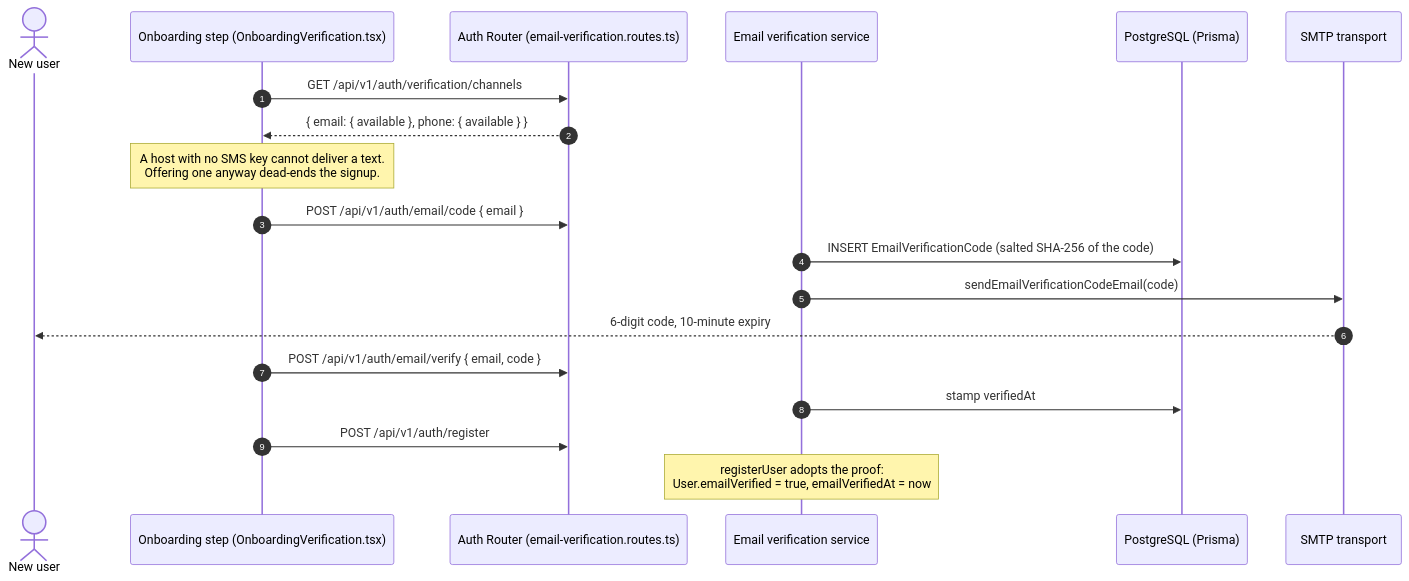
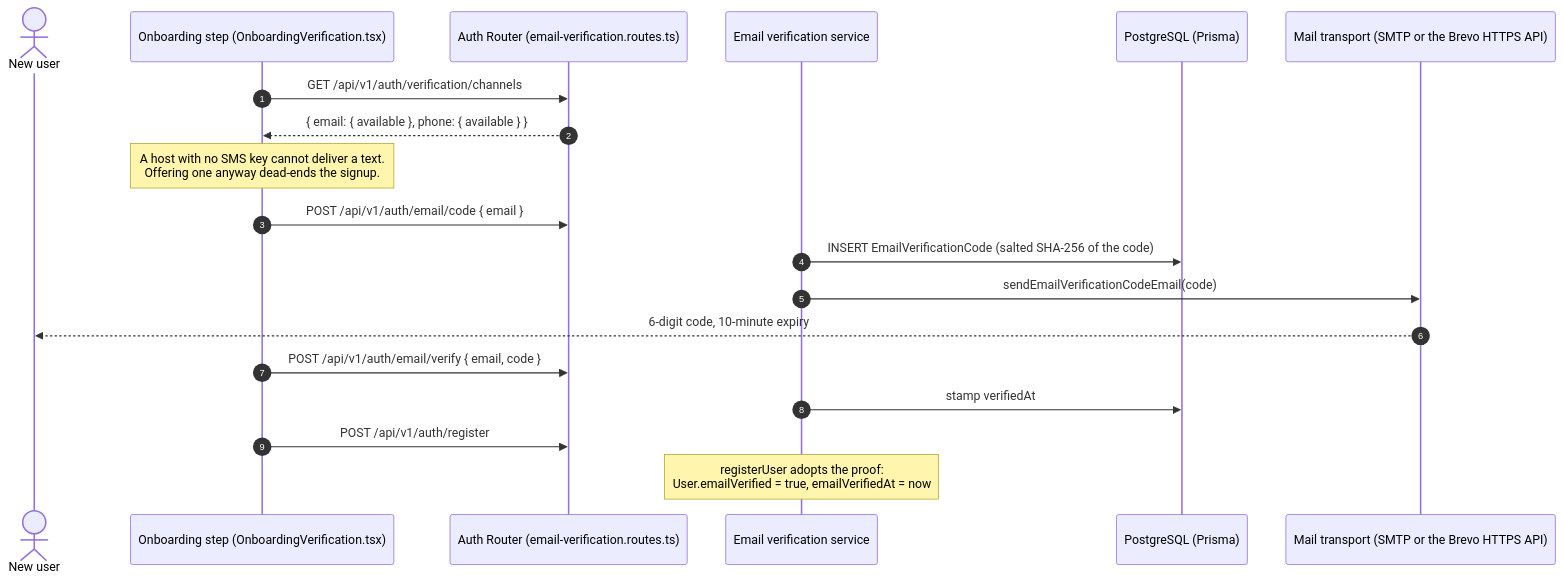
One commit to yonasmindaye04-sketch/Yekis changed the fourth of 25 diagrams in docs/SYSTEM_DESIGN.md. Above: the diagram before and after it, drawn with Mermaid. The commit also changed other lines of this file and 12 other files, not shown here.

````diff
--- a/docs/SYSTEM_DESIGN.md
+++ b/docs/SYSTEM_DESIGN.md
@@ -689,22 +689,22 @@
 ```mermaid
 sequenceDiagram
     autonumber
     actor User as New user
     participant UI as Onboarding step (OnboardingVerification.tsx)
     participant API as Auth Router (email-verification.routes.ts)
     participant Svc as Email verification service
     participant DB as PostgreSQL (Prisma)
-    participant Mail as SMTP transport
+    participant Mail as Mail transport (SMTP or the Brevo HTTPS API)
 
     UI->>API: GET /api/v1/auth/verification/channels
     API-->>UI: { email: { available }, phone: { available } }
     Note over UI: A host with no SMS key cannot deliver a text.<br/>Offering one anyway dead-ends the signup.
     UI->>API: POST /api/v1/auth/email/code { email }
     Svc->>DB: INSERT EmailVerificationCode (salted SHA-256 of the code)
     Svc->>Mail: sendEmailVerificationCodeEmail(code)
     Mail-->>User: 6-digit code, 10-minute expiry
     UI->>API: POST /api/v1/auth/email/verify { email, code }
     Svc->>DB: stamp verifiedAt
     UI->>API: POST /api/v1/auth/register
     Note over Svc: registerUser adopts the proof:<br/>User.emailVerified = true, emailVerifiedAt = now
 ```
````
